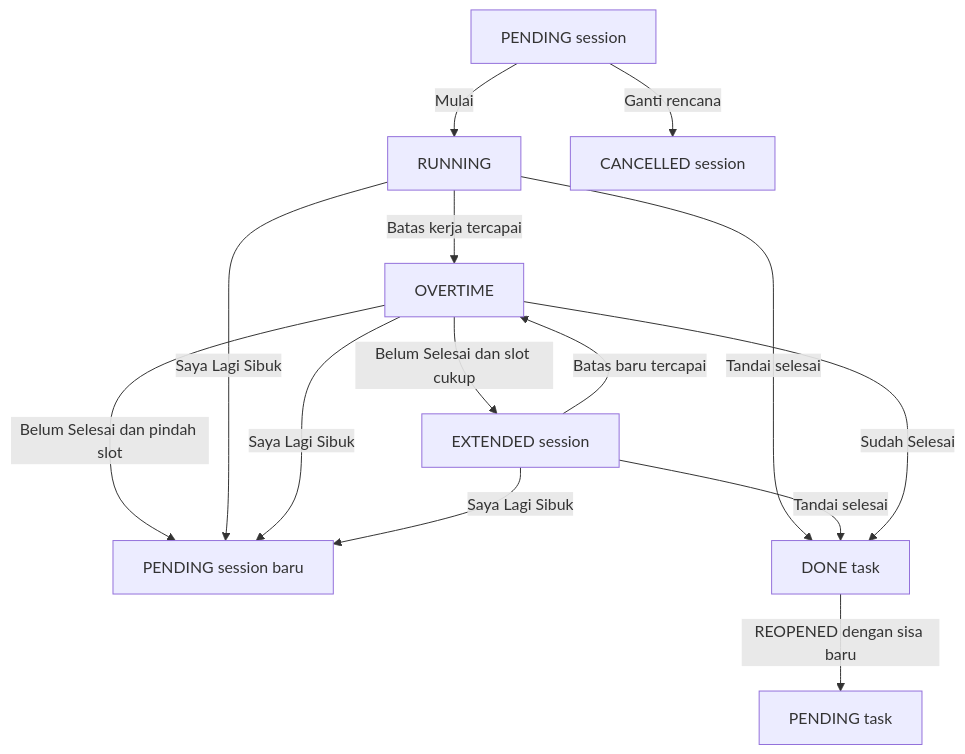
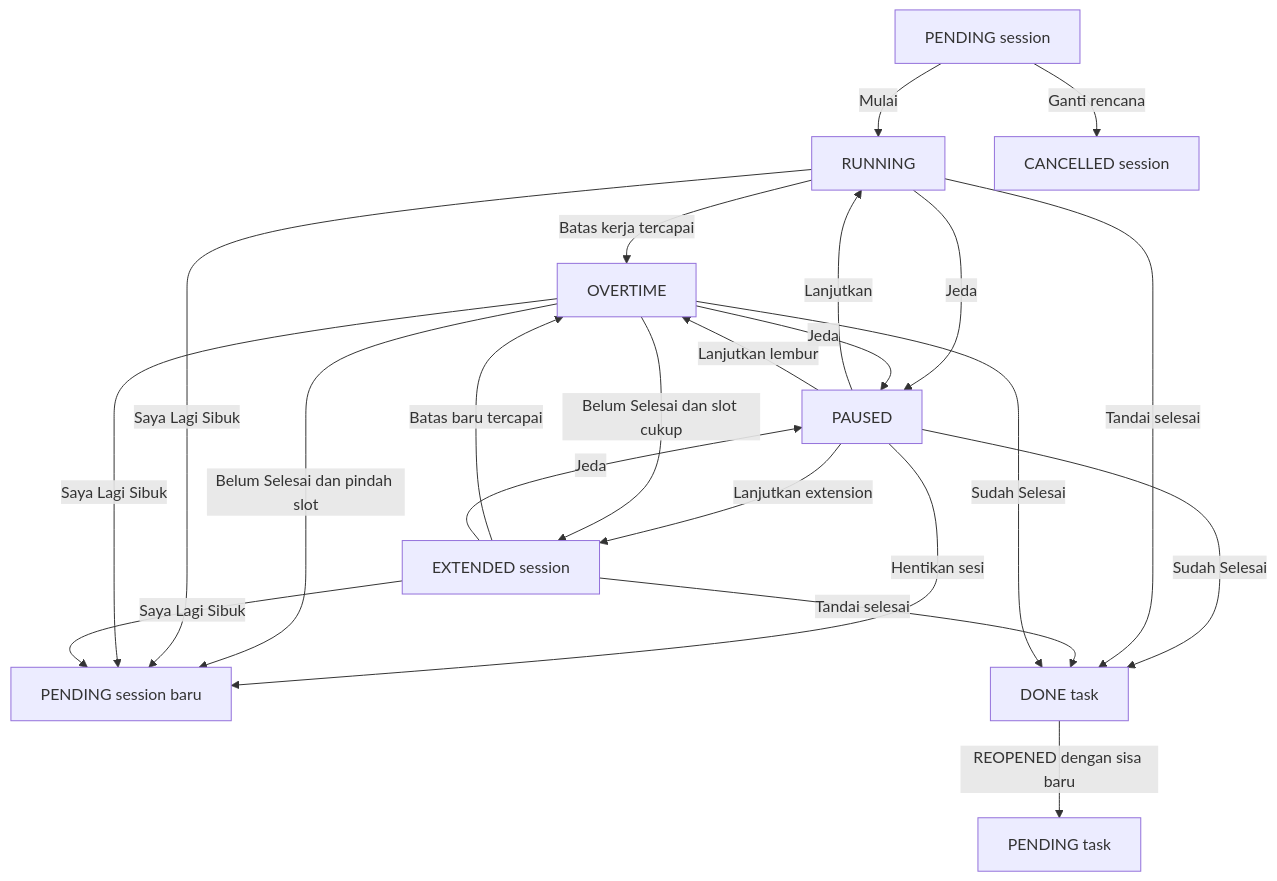
One commit to FirmanFelixNduru/Tazer changed the diagram in docs/SCHEDULER_SPEC.md. Above: the diagram before and after it, drawn with Mermaid. The commit also changed other lines of this file and 29 other files, not shown here.

````diff
--- a/docs/SCHEDULER_SPEC.md
+++ b/docs/SCHEDULER_SPEC.md
@@ -92,16 +92,24 @@
 ```mermaid
 flowchart TD
     P[PENDING session] -->|Mulai| R[RUNNING]
     P -->|Ganti rencana| C[CANCELLED session]
     R -->|Batas kerja tercapai| O[OVERTIME]
     E[EXTENDED session] -->|Batas baru tercapai| O
+    R -->|Jeda| J[PAUSED]
+    E -->|Jeda| J
+    O -->|Jeda| J
+    J -->|Lanjutkan| R
+    J -->|Lanjutkan extension| E
+    J -->|Lanjutkan lembur| O
+    J -->|Hentikan sesi| N
+    J -->|Sudah Selesai| D
     O -->|Belum Selesai dan slot cukup| E
     O -->|Belum Selesai dan pindah slot| N[PENDING session baru]
     R -->|Tandai selesai| D[DONE task]
     E -->|Tandai selesai| D
     O -->|Sudah Selesai| D
     R -->|Saya Lagi Sibuk| N
     O -->|Saya Lagi Sibuk| N
     E -->|Saya Lagi Sibuk| N
     D -->|REOPENED dengan sisa baru| T[PENDING task]
 ```
````
